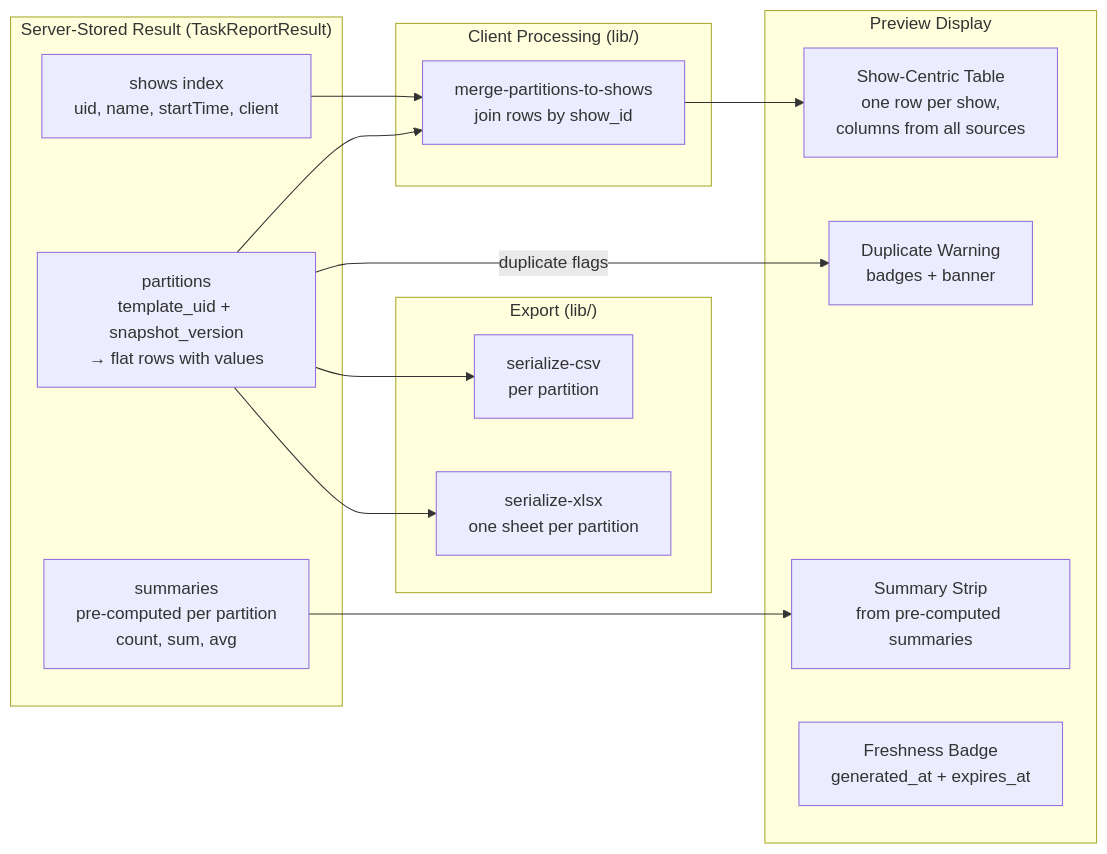
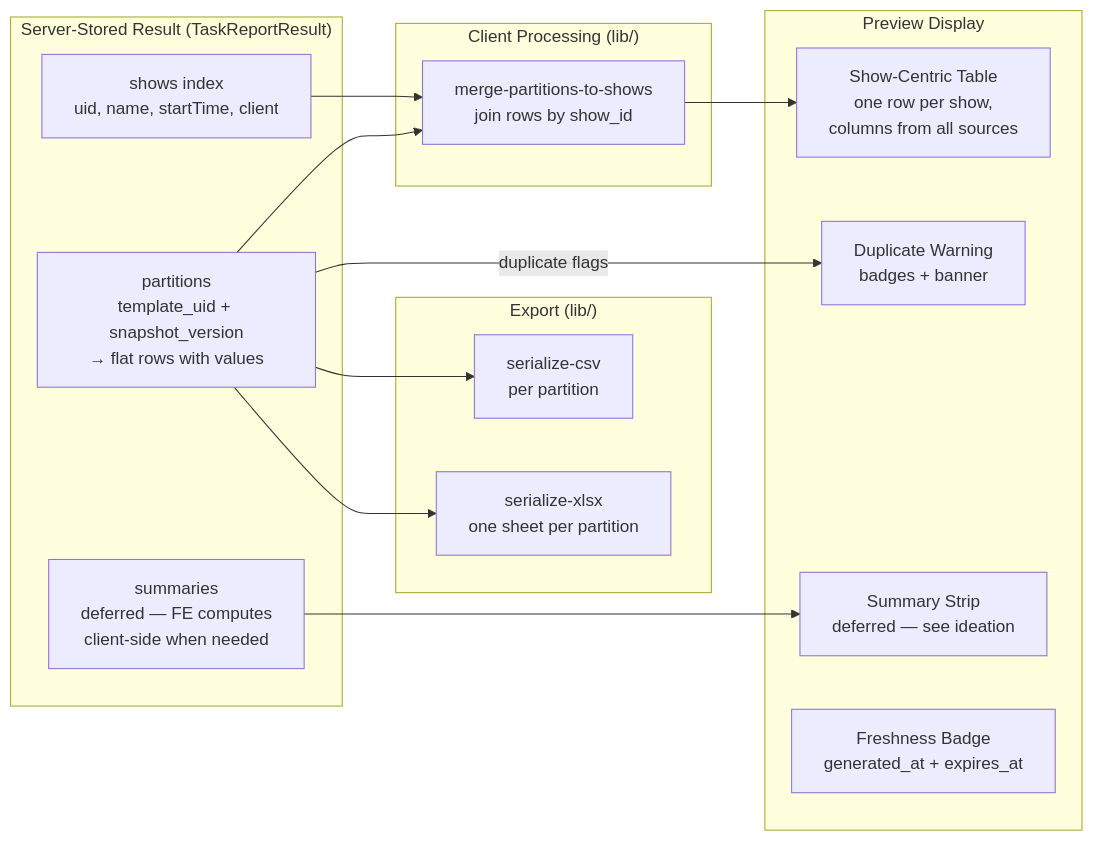
The third of 3 diagrams in apps/erify_studios/docs/design/TASK_SUBMISSION_REPORTING_DESIGN.md (allenlin90/eridu-services), drawn with Mermaid before and after one commit. The commit also changed other lines of this file and 2 other files, not shown here.

First line of the commit message:
docs(task-submission-reporting): apply design refinements and add ideation structure

````diff
--- a/apps/erify_studios/docs/design/TASK_SUBMISSION_REPORTING_DESIGN.md
+++ b/apps/erify_studios/docs/design/TASK_SUBMISSION_REPORTING_DESIGN.md
@@ -319,32 +314,32 @@
 ```mermaid
 graph LR
     subgraph "Server-Stored Result (TaskReportResult)"
         SHOWS[shows index<br/>uid, name, startTime, client]
         PARTS[partitions<br/>template_uid + snapshot_version<br/>→ flat rows with values]
-        SUMS[summaries<br/>pre-computed per partition<br/>count, sum, avg]
+        SUMS[summaries<br/>deferred — FE computes<br/>client-side when needed]
     end
 
     subgraph "Client Processing (lib/)"
         MERGE[merge-partitions-to-shows<br/>join rows by show_id]
     end
 
     subgraph "Preview Display"
         TABLE[Show-Centric Table<br/>one row per show,<br/>columns from all sources]
-        FOOTER[Summary Strip<br/>from pre-computed summaries]
+        FOOTER[Summary Strip<br/>deferred — see ideation]
         WARN[Duplicate Warning<br/>badges + banner]
         FRESH[Freshness Badge<br/>generated_at + expires_at]
     end
 
     subgraph "Export (lib/)"
         CSV_S[serialize-csv<br/>per partition]
         XLSX_S[serialize-xlsx<br/>one sheet per partition]
     end
 
     SHOWS --> MERGE
     PARTS --> MERGE
     MERGE --> TABLE
     SUMS --> FOOTER
     PARTS -->|duplicate flags| WARN
     PARTS --> CSV_S
     PARTS --> XLSX_S
 ```
````
